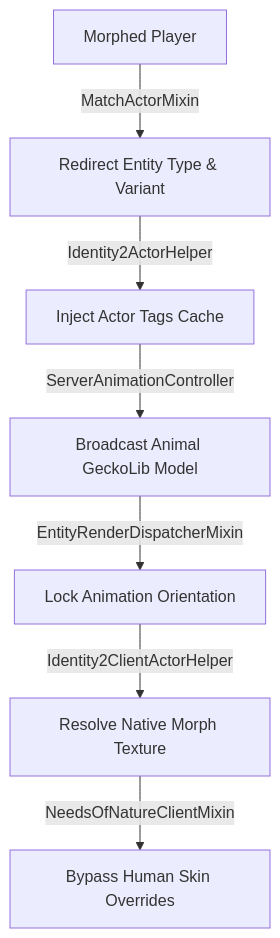
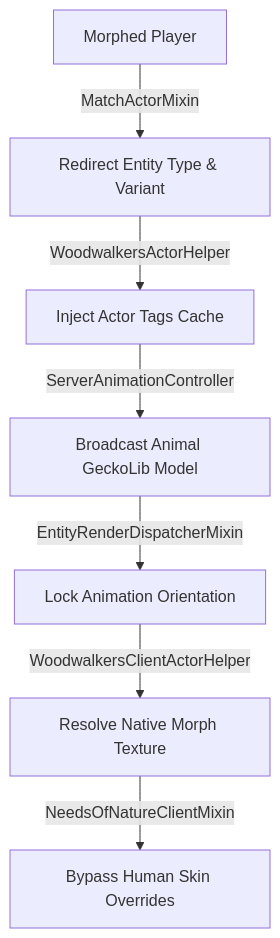
The diagram in README.md (DeconstructedCube/non_identity2_bridge), drawn with Mermaid before and after one commit. The commit also changed other lines of this file and 16 other files, not shown here.

````diff
--- a/README.md
+++ b/README.md
@@ -28,9 +28,9 @@
 ```mermaid
 graph TD
     Player[Morphed Player] --> |MatchActorMixin| Type[Redirect Entity Type & Variant]
-    Type --> |Identity2ActorHelper| Tags[Inject Actor Tags Cache]
+    Type --> |WoodwalkersActorHelper| Tags[Inject Actor Tags Cache]
     Tags --> |ServerAnimationController| Broadcast[Broadcast Animal GeckoLib Model]
     Broadcast --> |EntityRenderDispatcherMixin| Orientation[Lock Animation Orientation]
-    Orientation --> |Identity2ClientActorHelper| Texture[Resolve Native Morph Texture]
+    Orientation --> |WoodwalkersClientActorHelper| Texture[Resolve Native Morph Texture]
     Texture --> |NeedsOfNatureClientMixin| Render[Bypass Human Skin Overrides]
 ```
````
